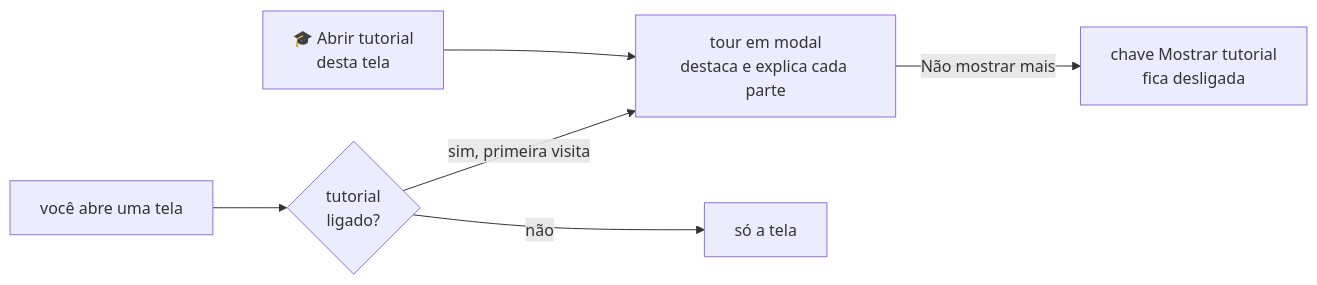
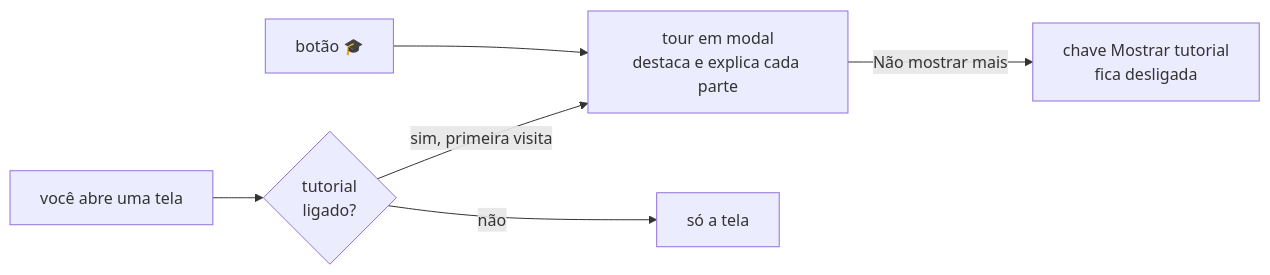
The first of 4 diagrams in explorador/README.md (sertaoseracloud/projeto-final-tracking), drawn with Mermaid before and after one commit. The commit also changed other lines of this file and 9 other files, not shown here.

````diff
--- a/explorador/README.md
+++ b/explorador/README.md
@@ -26,8 +26,8 @@
 ```mermaid
 flowchart LR
     abrir["você abre uma tela"] --> ligado{"tutorial<br/>ligado?"}
     ligado -->|sim, primeira visita| tour["tour em modal<br/>destaca e explica cada parte"]
     ligado -->|não| tela["só a tela"]
-    botao["🎓 Abrir tutorial<br/>desta tela"] --> tour
+    botao["botão 🎓"] --> tour
     tour -->|Não mostrar mais| desliga["chave Mostrar tutorial<br/>fica desligada"]
 ```
````
